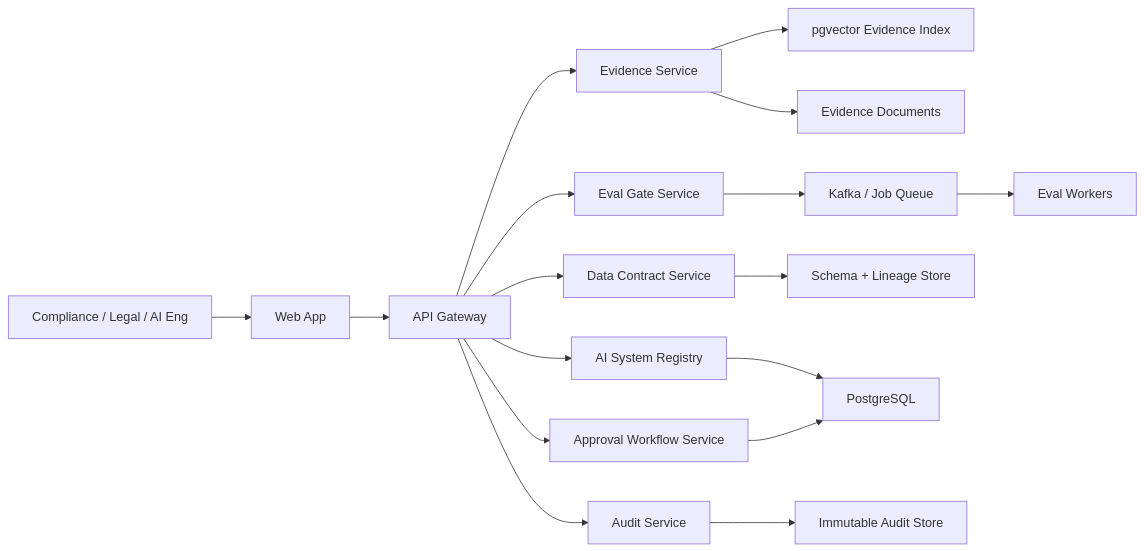
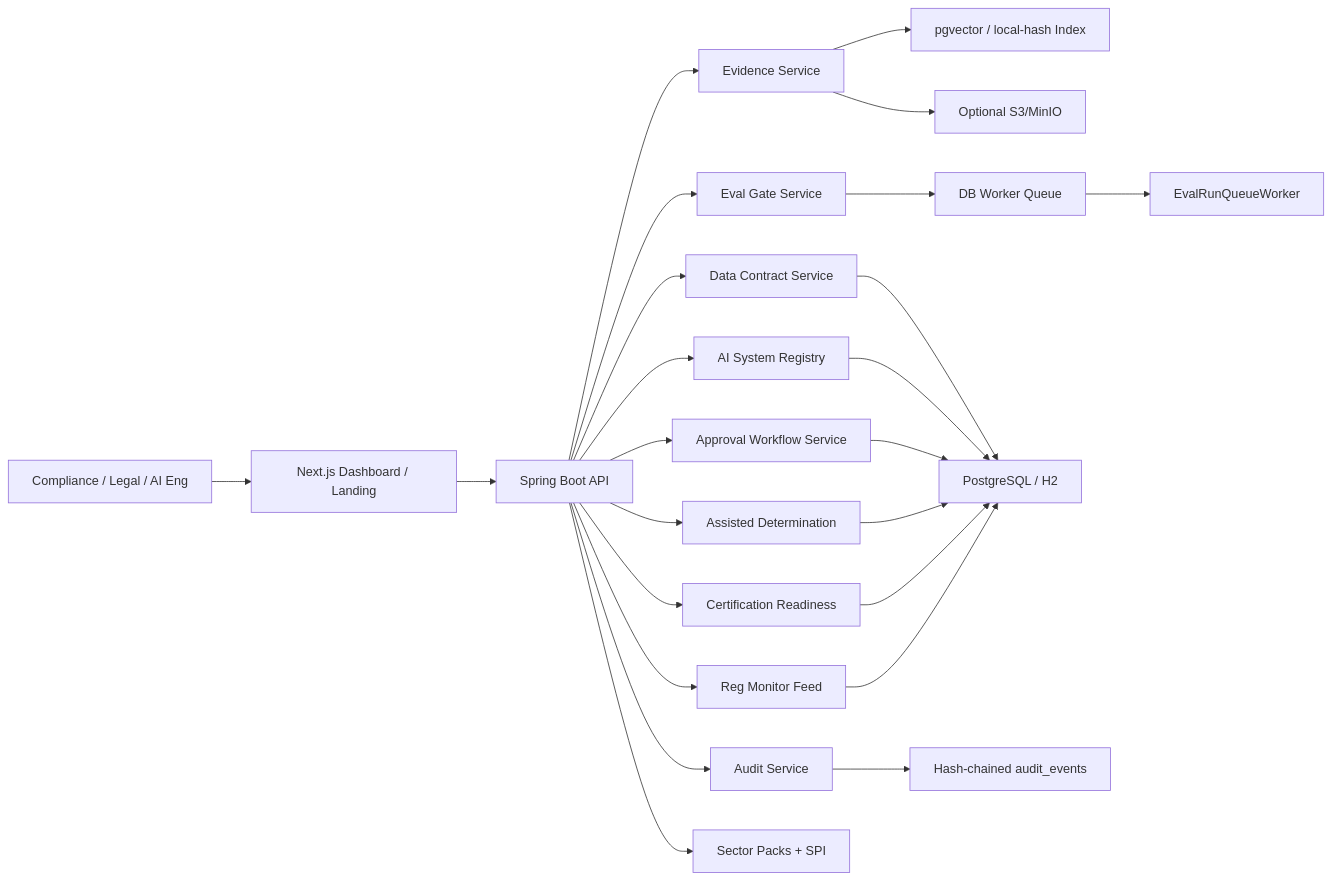
Before and after one commit to SVamseekar/eu-ai-assurance-os: the diagram in docs/ARCHITECTURE.md, drawn with Mermaid. The commit also changed other lines of this file and 10 other files, not shown here.

First line of the commit message:
docs: Part 11 align PRD, ROADMAP, README, and architecture with main

````diff
--- a/docs/ARCHITECTURE.md
+++ b/docs/ARCHITECTURE.md
@@ -7,19 +7,26 @@
 ```mermaid
 flowchart LR
-  User["Compliance / Legal / AI Eng"] --> Web["Web App"]
-  Web --> API["API Gateway"]
+  User["Compliance / Legal / AI Eng"] --> Web["Next.js Dashboard / Landing"]
+  Web --> API["Spring Boot API"]
   API --> Registry["AI System Registry"]
   API --> Evidence["Evidence Service"]
   API --> Eval["Eval Gate Service"]
   API --> Contract["Data Contract Service"]
   API --> Workflow["Approval Workflow Service"]
   API --> Audit["Audit Service"]
-  Evidence --> Vector["pgvector Evidence Index"]
-  Evidence --> ObjectStore["Evidence Documents"]
-  Eval --> Queue["Kafka / Job Queue"]
-  Queue --> Workers["Eval Workers"]
-  Contract --> Lineage["Schema + Lineage Store"]
-  Registry --> DB["PostgreSQL"]
+  API --> Determination["Assisted Determination"]
+  API --> Readiness["Certification Readiness"]
+  API --> RegMonitor["Reg Monitor Feed"]
+  API --> Sector["Sector Packs + SPI"]
+  Evidence --> Vector["pgvector / local-hash Index"]
+  Evidence --> ObjectStore["Optional S3/MinIO"]
+  Eval --> Queue["DB Worker Queue"]
+  Queue --> Workers["EvalRunQueueWorker"]
+  Contract --> DB["PostgreSQL / H2"]
+  Registry --> DB
   Workflow --> DB
-  Audit --> AuditStore["Immutable Audit Store"]
+  Audit --> AuditStore["Hash-chained audit_events"]
+  Determination --> DB
+  Readiness --> DB
+  RegMonitor --> DB
 ```
````
